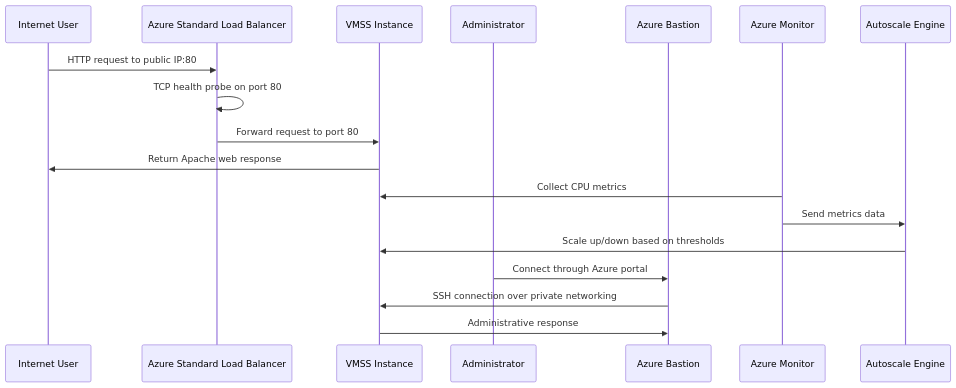
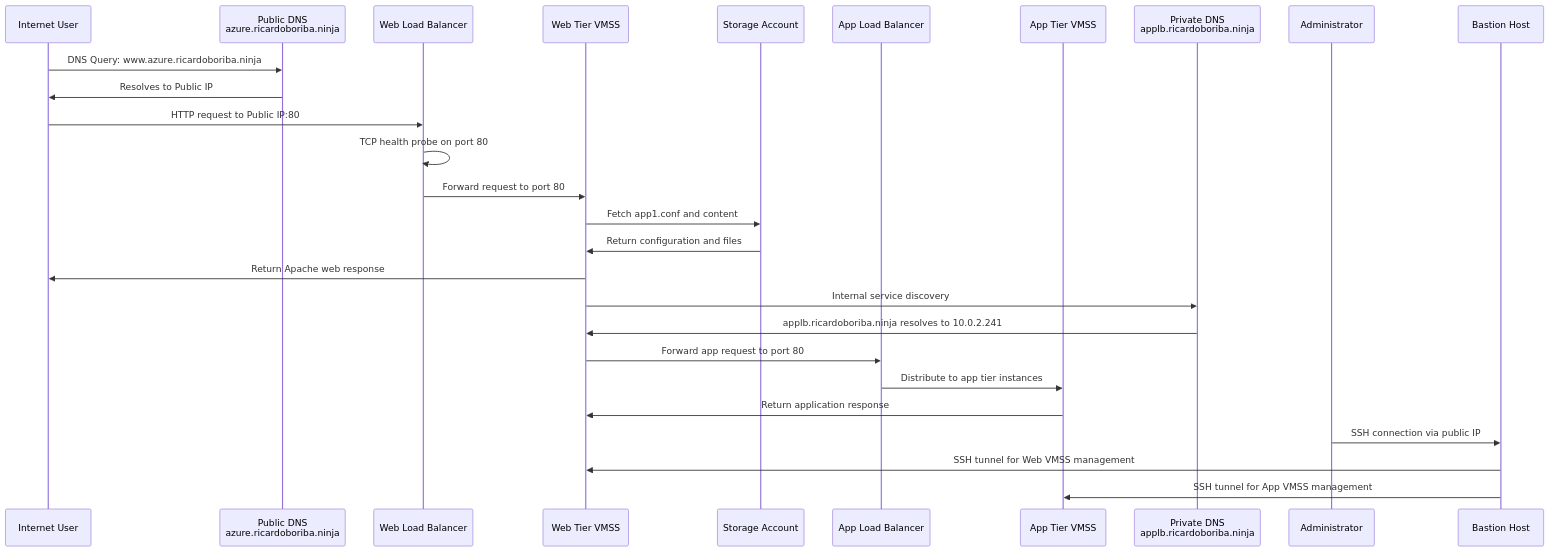
One commit to Richardbmk/azure-architecture-solutions changed the second of 2 diagrams in 01-Project02-WebVMSS/README.md. Above: the diagram before and after it, drawn with Mermaid. The commit also changed other lines of this file and 2 other files, not shown here.

````diff
--- a/01-Project02-WebVMSS/README.md
+++ b/01-Project02-WebVMSS/README.md
@@ -69,23 +94,32 @@
 ```mermaid
 sequenceDiagram
     participant User as Internet User
-    participant LB as Azure Standard Load Balancer
-    participant VMSS as VMSS Instance
+    participant DNS as Public DNS<br/>azure.ricardoboriba.ninja
+    participant WebLB as Web Load Balancer
+    participant WebVMSS as Web Tier VMSS
+    participant Storage as Storage Account
+    participant AppLB as App Load Balancer
+    participant AppVMSS as App Tier VMSS
+    participant PrivDNS as Private DNS<br/>applb.ricardoboriba.ninja
     participant Admin as Administrator
-    participant Bastion as Azure Bastion
-    participant Monitor as Azure Monitor
-    participant Autoscale as Autoscale Engine
+    participant Bastion as Bastion Host
 
-    User->>LB: HTTP request to public IP:80
-    LB->>LB: TCP health probe on port 80
-    LB->>VMSS: Forward request to port 80
-    VMSS->>User: Return Apache web response
+    User->>DNS: DNS Query: www.azure.ricardoboriba.ninja
+    DNS->>User: Resolves to Public IP
+    User->>WebLB: HTTP request to Public IP:80
+    WebLB->>WebLB: TCP health probe on port 80
+    WebLB->>WebVMSS: Forward request to port 80
+    WebVMSS->>Storage: Fetch app1.conf and content
+    Storage->>WebVMSS: Return configuration and files
+    WebVMSS->>User: Return Apache web response
 
-    Monitor->>VMSS: Collect CPU metrics
-    Monitor->>Autoscale: Send metrics data
-    Autoscale->>VMSS: Scale up/down based on thresholds
+    WebVMSS->>PrivDNS: Internal service discovery
+    PrivDNS->>WebVMSS: applb.ricardoboriba.ninja resolves to 10.0.2.241
+    WebVMSS->>AppLB: Forward app request to port 80
+    AppLB->>AppVMSS: Distribute to app tier instances
+    AppVMSS->>WebVMSS: Return application response
 
-    Admin->>Bastion: Connect through Azure portal
-    Bastion->>VMSS: SSH connection over private networking
-    VMSS->>Bastion: Administrative response
+    Admin->>Bastion: SSH connection via public IP
+    Bastion->>WebVMSS: SSH tunnel for Web VMSS management
+    Bastion->>AppVMSS: SSH tunnel for App VMSS management
 ```
````
